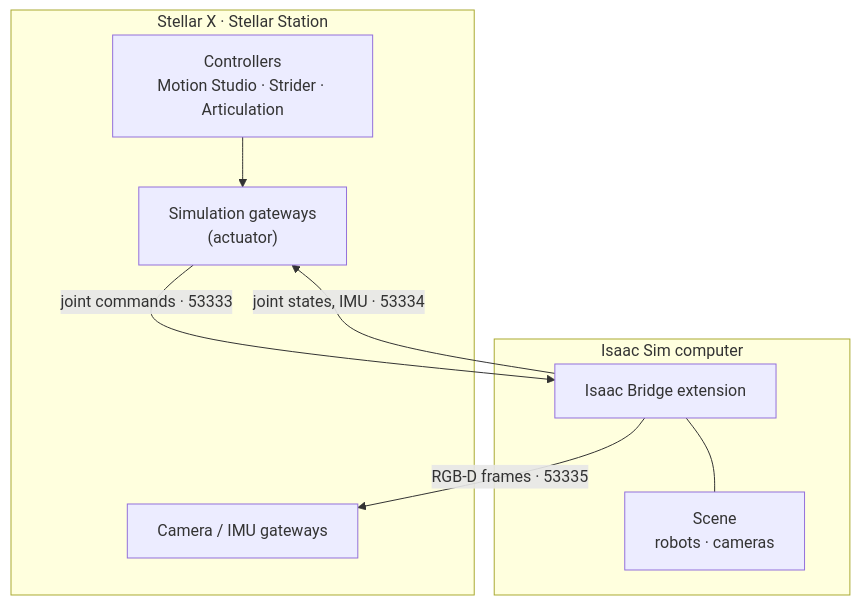
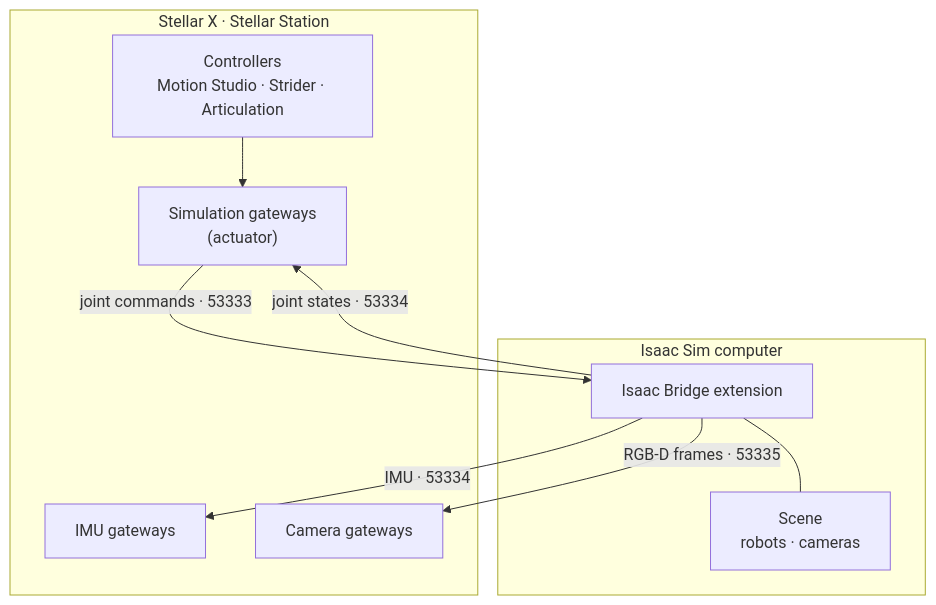
The diagram in docs/virtual_simulation/introduction/index.md (Sodero-labs/docs), drawn with Mermaid before and after one commit. The commit also changed other lines of this file and 70 other files, not shown here.

````diff
--- a/docs/virtual_simulation/introduction/index.md
+++ b/docs/virtual_simulation/introduction/index.md
@@ -14,13 +14,15 @@
 ```mermaid
 flowchart TB
     subgraph SX ["Stellar X · Stellar Station"]
         CTRL["Controllers<br>Motion Studio · Strider · Articulation"] --> AG["Simulation gateways<br>(actuator)"]
-        CG["Camera / IMU gateways"]
+        IG["IMU gateways"]
+        CG["Camera gateways"]
     end
     subgraph PC ["Isaac Sim computer"]
         IB["Isaac Bridge extension"] --- ST["Scene<br>robots · cameras"]
     end
     AG -- "joint commands · 53333" --> IB
-    IB -- "joint states, IMU · 53334" --> AG
+    IB -- "joint states · 53334" --> AG
+    IB -- "IMU · 53334" --> IG
     IB -- "RGB-D frames · 53335" --> CG
 ```
````
